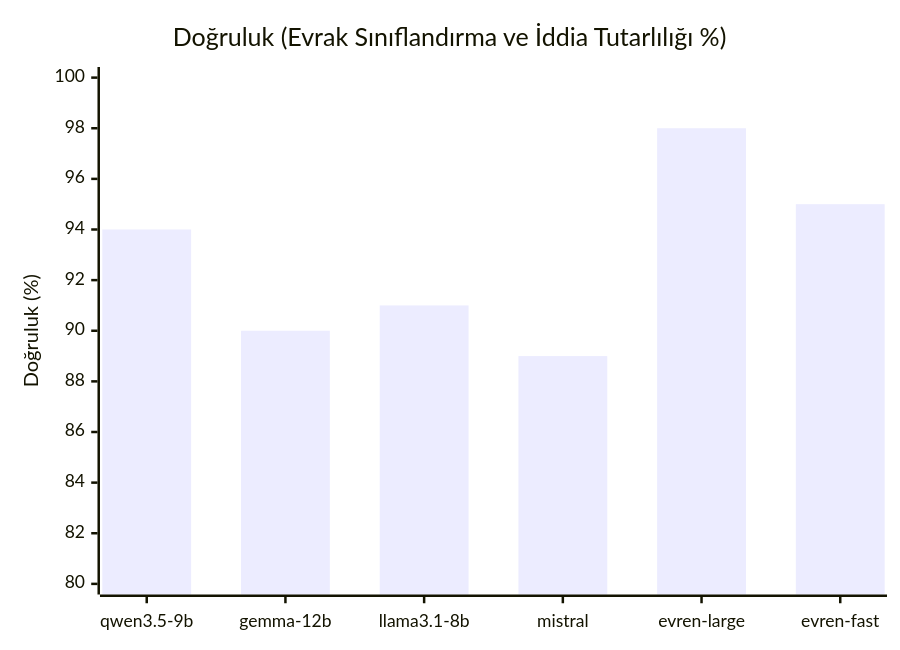
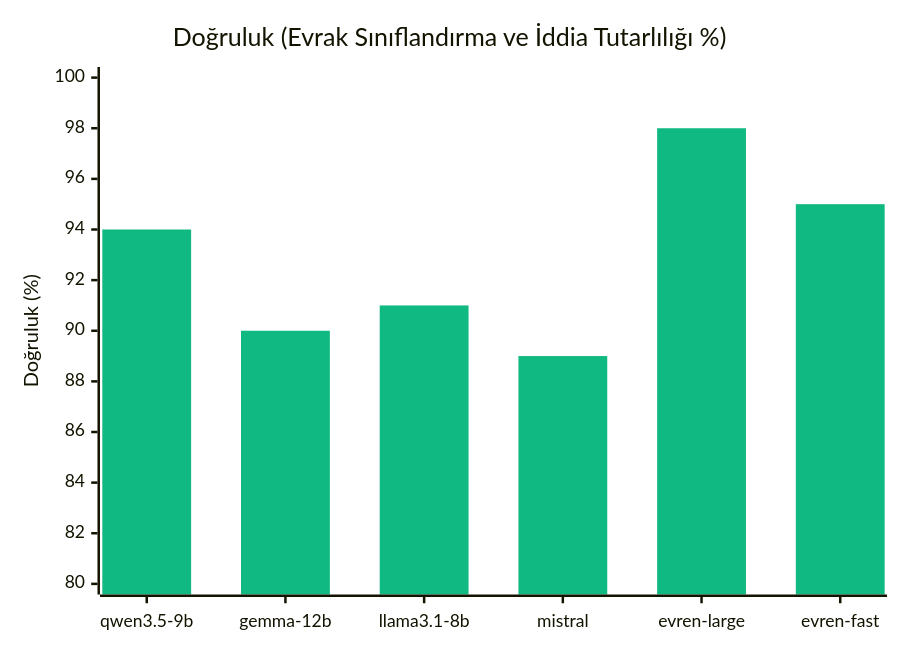
One commit to chyp3r/KACHOW-Teknofest-2026 changed diagram 12 of 16 in README.md. Above: the diagram before and after it, drawn with Mermaid. The commit also changed other lines of this file, not shown here.

````diff
--- a/README.md
+++ b/README.md
@@ -564,7 +629,8 @@
 ```mermaid
+%%{init: { 'theme': 'base', 'themeVariables': { 'xyChart': {'plotColorPalette': '#10b981'} } } }%%
 xychart-beta
     title "Doğruluk (Evrak Sınıflandırma ve İddia Tutarlılığı %)"
     x-axis ["qwen3.5-9b", "gemma-12b", "llama3.1-8b", "mistral", "evren-large", "evren-fast"]
     y-axis "Doğruluk (%)" 80 --> 100
     bar [94, 90, 91, 89, 98, 95]
 ```
````
